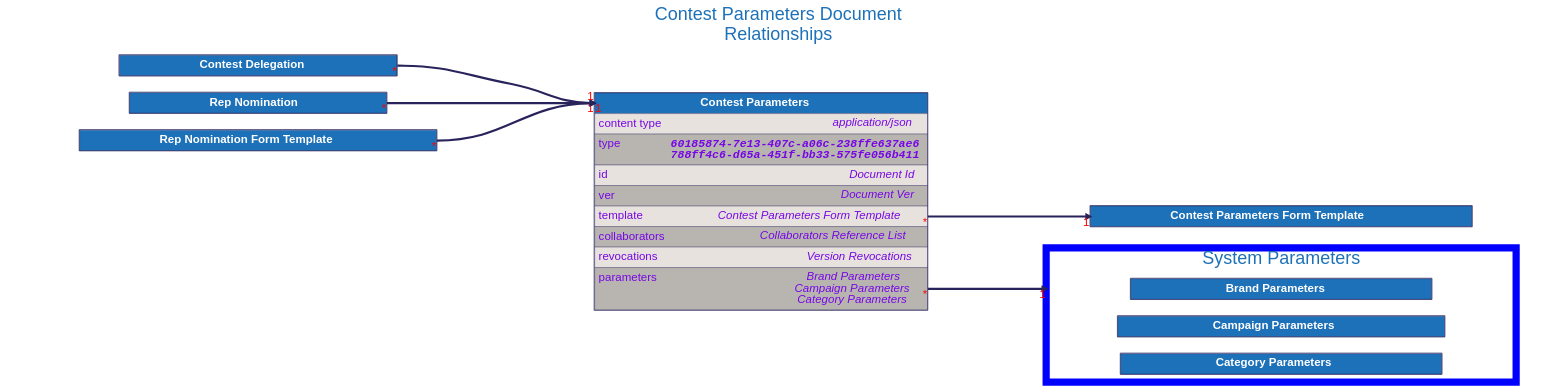
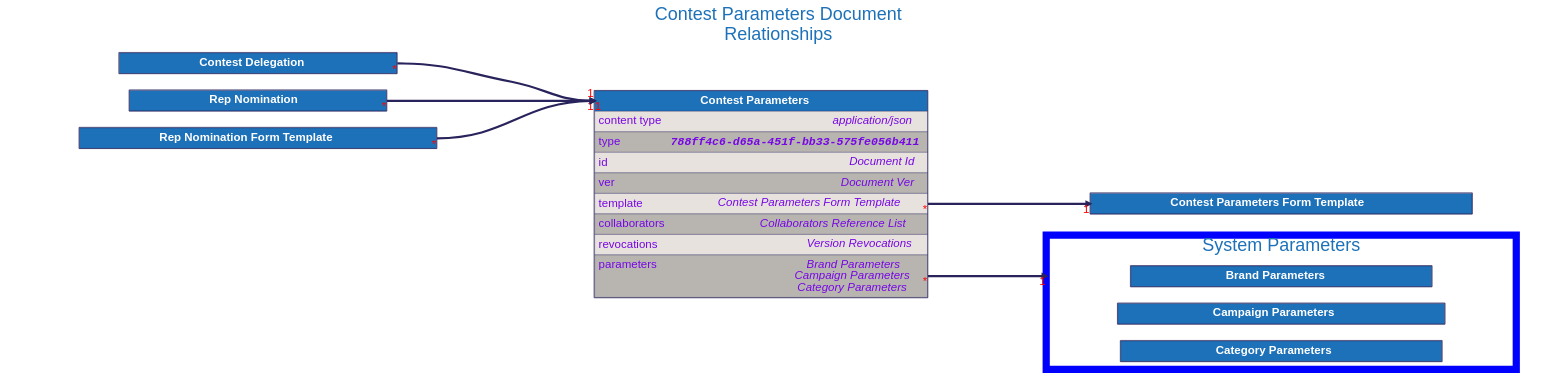
The diagram in docs/src/architecture/08_concepts/signed_doc/diagrams/contest_parameters.dot (input-output-hk/catalyst-libs), drawn with Graphviz before and after one commit. The commit also changed 57 other files, not shown here.

```diff
--- a/docs/src/architecture/08_concepts/signed_doc/diagrams/contest_parameters.dot
+++ b/docs/src/architecture/08_concepts/signed_doc/diagrams/contest_parameters.dot
@@ -52,7 +52,7 @@
                     <TABLE CELLPADDING="0" CELLSPACING="0" BORDER="0">
                         <TR>
                             <TD ALIGN="LEFT" VALIGN="TOP" WIDTH="200"><FONT COLOR="#7706E5">type</FONT></TD>
-                            <TD ALIGN="RIGHT"><FONT FACE="Courier" COLOR="#7706E5"><B><I>60185874-7e13-407c-a06c-238ffe637ae6<BR />788ff4c6-d65a-451f-bb33-575fe056b411</I></B></FONT></TD>
+                            <TD ALIGN="RIGHT"><FONT FACE="Courier" COLOR="#7706E5"><B><I>788ff4c6-d65a-451f-bb33-575fe056b411</I></B></FONT></TD>
                         </TR>
                     </TABLE>
                 </TD>
```
